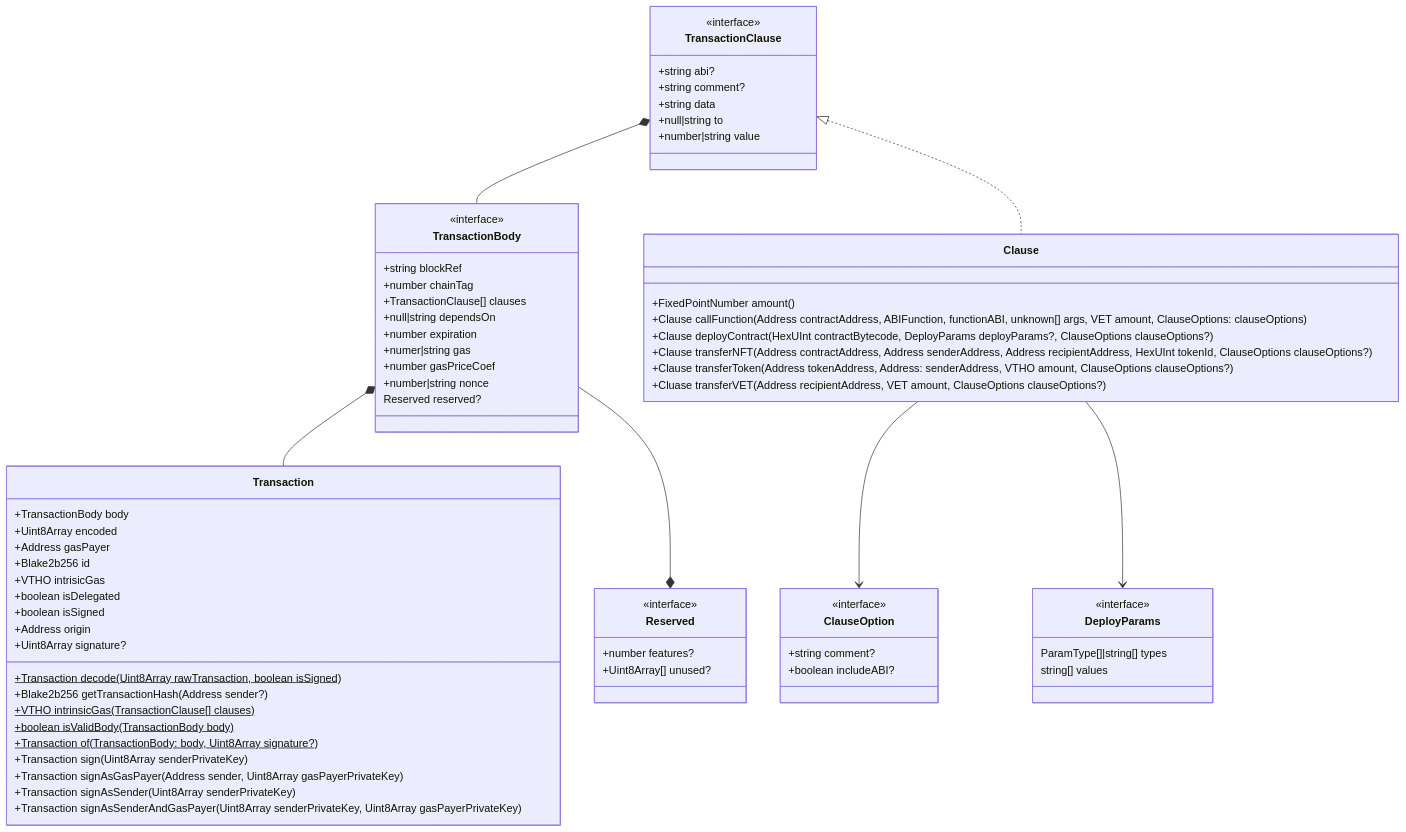
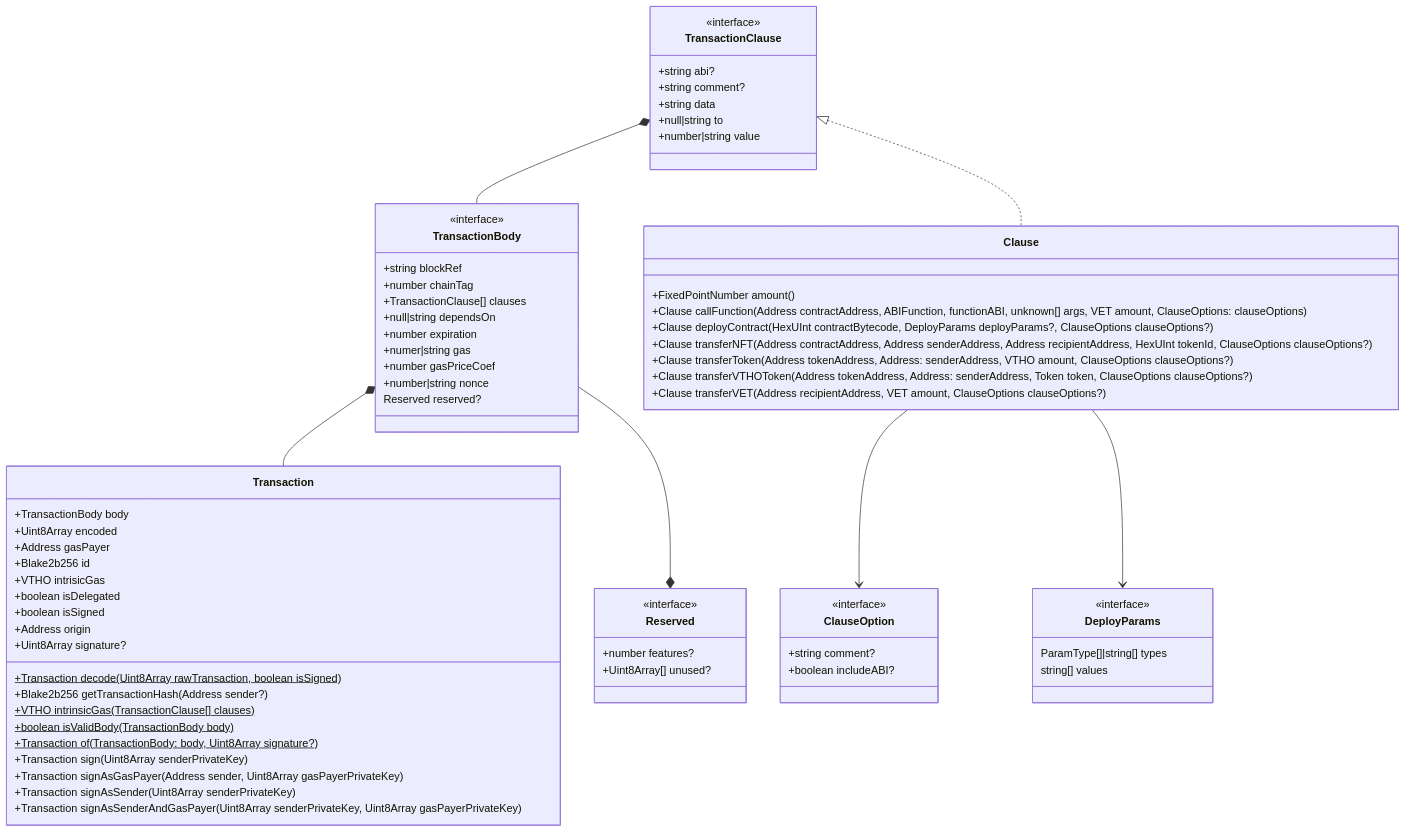
One commit to vechain/vechain-sdk-js changed the diagram in docs/diagrams/architecture/transaction.md. Above: the diagram before and after it, drawn with Mermaid. The commit also changed 3 other files, not shown here.

````diff
--- a/docs/diagrams/architecture/transaction.md
+++ b/docs/diagrams/architecture/transaction.md
@@ -1,72 +1,73 @@
 ```mermaid
 classDiagram
     class Clause {
         +FixedPointNumber amount()
         +Clause callFunction(Address contractAddress, ABIFunction, functionABI, unknown[] args, VET amount, ClauseOptions: clauseOptions)
         +Clause deployContract(HexUInt contractBytecode, DeployParams deployParams?, ClauseOptions clauseOptions?)
         +Clause transferNFT(Address contractAddress, Address senderAddress, Address recipientAddress, HexUInt tokenId, ClauseOptions clauseOptions?)
         +Clause transferToken(Address tokenAddress, Address: senderAddress, VTHO amount, ClauseOptions clauseOptions?)
-        +Cluase transferVET(Address recipientAddress, VET amount, ClauseOptions clauseOptions?)
+        +Clause transferVTHOToken(Address tokenAddress, Address: senderAddress, Token token, ClauseOptions clauseOptions?)
+        +Clause transferVET(Address recipientAddress, VET amount, ClauseOptions clauseOptions?)
     }
     class ClauseOption{
         <<interface>>
         +string comment?
         +boolean includeABI?
     }
     class DeployParams {
         <<interface>>
         ParamType[]|string[] types
         string[] values
     }
     class Reserved {
         <<interface>>
         +number features?
         +Uint8Array[] unused?
     }
     class Transaction {
         +TransactionBody body
         +Uint8Array encoded
         +Address gasPayer
         +Blake2b256 id
         +VTHO intrisicGas
         +boolean isDelegated
         +boolean isSigned
         +Address origin
         +Uint8Array signature?
         +Transaction decode(Uint8Array rawTransaction, boolean isSigned)$
         +Blake2b256 getTransactionHash(Address sender?)
         +VTHO intrinsicGas(TransactionClause[] clauses)$
         +boolean isValidBody(TransactionBody body)$
         +Transaction of(TransactionBody: body, Uint8Array signature?)$
         +Transaction sign(Uint8Array senderPrivateKey)
         +Transaction signAsGasPayer(Address sender, Uint8Array gasPayerPrivateKey)
         +Transaction signAsSender(Uint8Array senderPrivateKey)
         +Transaction signAsSenderAndGasPayer(Uint8Array senderPrivateKey, Uint8Array gasPayerPrivateKey)
     }
     class TransactionBody {
         <<interface>>
         +string blockRef
         +number chainTag
         +TransactionClause[] clauses
         +null|string dependsOn
         +number expiration
         +numer|string gas
         +number gasPriceCoef
         +number|string nonce
         Reserved reserved?
     }
     class TransactionClause {
         <<interface>>
         +string abi?
         +string comment?
         +string data
         +null|string to
         +number|string value
     }
     Clause --> ClauseOption
     Clause --> DeployParams
     TransactionBody *-- Transaction
     TransactionBody --* Reserved
     TransactionClause *-- TransactionBody
     TransactionClause <|.. Clause
 ```
````
